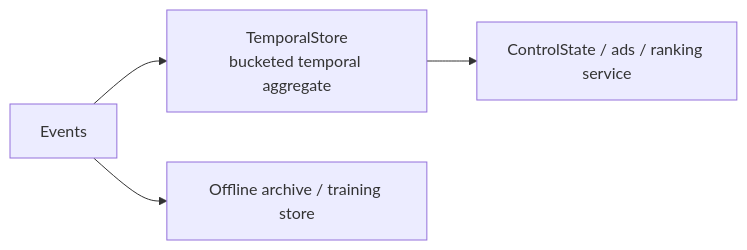
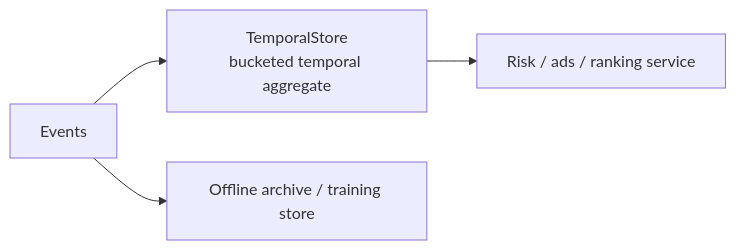
The second of 2 diagrams in docs/temporalstore_blog.md (matrixarkai/TemporalStore), drawn with Mermaid before and after one commit. The commit also changed other lines of this file and 788 other files, not shown here.

````diff
--- a/docs/temporalstore_blog.md
+++ b/docs/temporalstore_blog.md
@@ -294,11 +294,11 @@
 ```mermaid
 flowchart LR
     Events["Events"]
     TS["TemporalStore<br/>bucketed temporal aggregate"]
-    Service["ControlState / ads / ranking service"]
+    Service["Risk / ads / ranking service"]
     Offline["Offline archive / training store"]
 
     Events --> TS
     TS --> Service
     Events --> Offline
 ```
````
